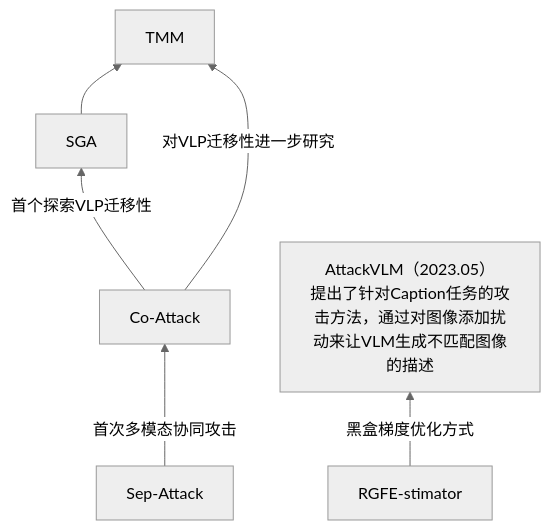
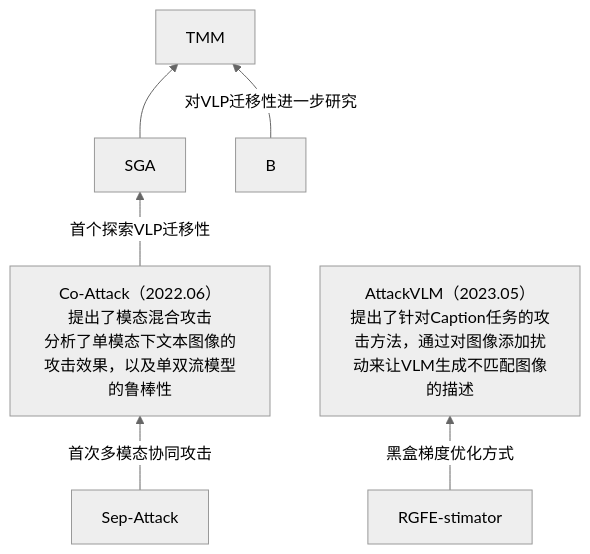
The fourth of 6 diagrams in Attack/Adversarial_Attack/VLP/analyse.md (Elephant-King9/Paper), drawn with Mermaid (neutral theme) before and after one commit. The commit also changed other lines of this file and 3 other files, not shown here.

````diff
--- a/Attack/Adversarial_Attack/VLP/analyse.md
+++ b/Attack/Adversarial_Attack/VLP/analyse.md
@@ -32,9 +41,11 @@
 ```mermaid
 flowchart BT
-    A[Sep-Attack]-->|首次多模态协同攻击|B[Co-Attack] -->|首个探索VLP迁移性| C[SGA]-->D
+    A[Sep-Attack]-->|首次多模态协同攻击|Co-Attack -->|首个探索VLP迁移性| C[SGA]-->D
     B-->|对VLP迁移性进一步研究|D[TMM]
 	  RGFE-stimator-->|黑盒梯度优化方式|AttackVLM
 	  
+	  
+	  Co-Attack[Co-Attack（2022.06）<br>提出了模态混合攻击<br>分析了单模态下文本图像的攻击效果，以及单双流模型的鲁棒性]
 	  RGFE-stimator[RGFE-stimator]
 	  AttackVLM[AttackVLM（2023.05）<br>提出了针对Caption任务的攻击方法，通过对图像添加扰动来让VLM生成不匹配图像的描述]
 ```
````
